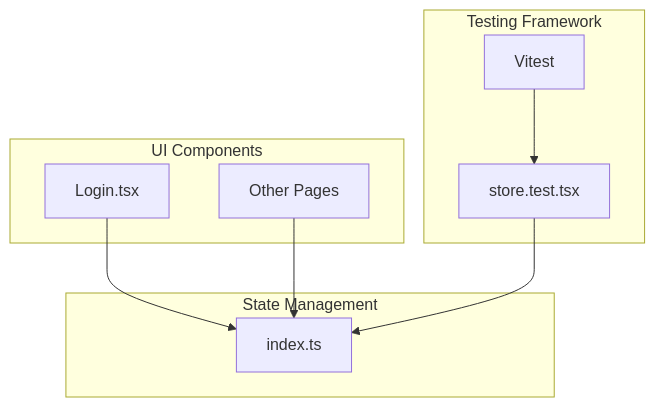
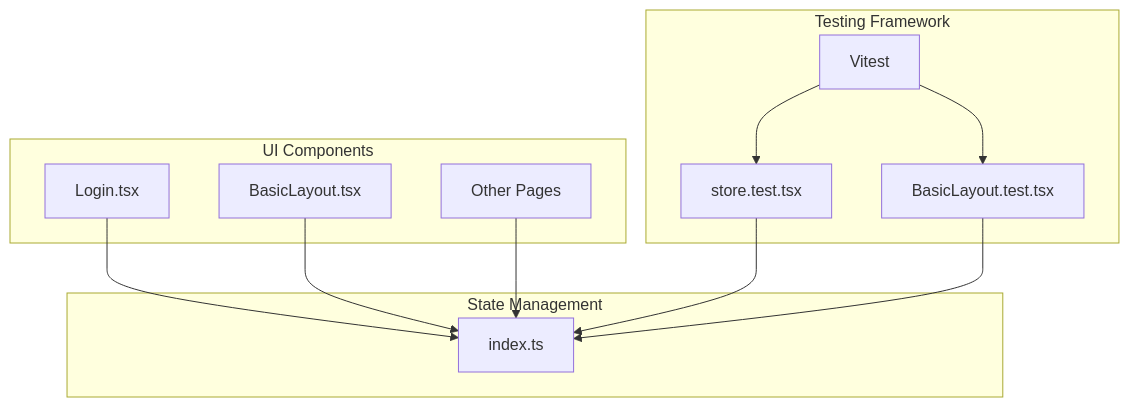
Before and after one commit to fengerzh/react-vscode-template: the first of 8 diagrams in .qoder/repowiki/zh/content/状态管理/状态管理测试.md, drawn with Mermaid. The commit also changed other lines of this file and 11 other files, not shown here.

````diff
--- a/.qoder/repowiki/zh/content/状态管理/状态管理测试.md
+++ b/.qoder/repowiki/zh/content/状态管理/状态管理测试.md
@@ -58,18 +64,23 @@
 ```mermaid
 graph TB
 subgraph "UI Components"
 Login[Login.tsx]
+BasicLayout[BasicLayout.tsx]
 OtherPages[Other Pages]
 end
 subgraph "State Management"
 Store[index.ts]
 end
 subgraph "Testing Framework"
 Vitest[Vitest]
-Test[store.test.tsx]
+StoreTest[store.test.tsx]
+BasicLayoutTest[BasicLayout.test.tsx]
 end
 Login --> Store
+BasicLayout --> Store
 OtherPages --> Store
-Test --> Store
-Vitest --> Test
+StoreTest --> Store
+BasicLayoutTest --> Store
+Vitest --> StoreTest
+Vitest --> BasicLayoutTest
 ```
````
